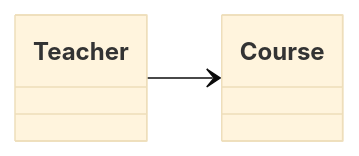
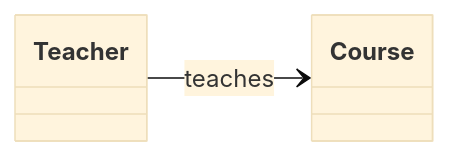
The seventh of 7 diagrams in docs/uml-notes.md (alexpjava/ApartmentPredictorAlpy), drawn with Mermaid (base theme) before and after one commit. The commit also changed other lines of this file and 1 other file, not shown here.

Commit message:
Refactor documentation and ER - UML diagrams

````diff
--- a/docs/uml-notes.md
+++ b/docs/uml-notes.md
@@ -209,5 +255,5 @@
-``` mermaid
+```mermaid
 classDiagram
 direction LR
-Teacher --> Course
-```
+    Teacher --> Course : teaches
+```   
````
